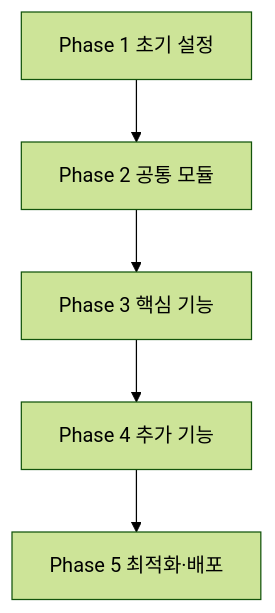
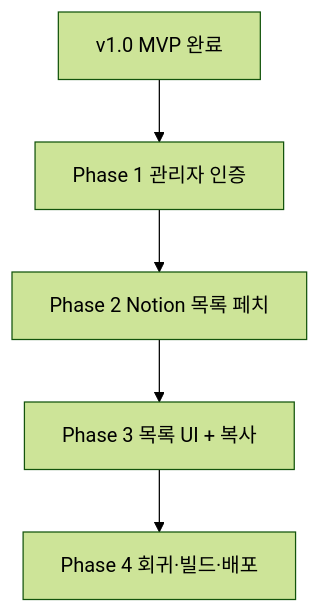
One commit to inmingoon/invoice-web changed the diagram in docs/ROADMAP.md. Above: the diagram before and after it, drawn with Mermaid (forest theme). The commit also changed other lines of this file and 11 other files, not shown here.

First line of the commit message:
docs(roadmap): v2 audit + 갭 채우기 — Phase 1~4 정합성 회복

````diff
--- a/docs/ROADMAP.md
+++ b/docs/ROADMAP.md
@@ -253,7 +362,7 @@
 ```mermaid
 graph TD
-  P1[Phase 1 초기 설정] --> P2[Phase 2 공통 모듈]
-  P2 --> P3[Phase 3 핵심 기능]
-  P3 --> P4[Phase 4 추가 기능]
-  P4 --> P5[Phase 5 최적화·배포]
+  V1[v1.0 MVP 완료] --> P1[Phase 1 관리자 인증]
+  P1 --> P2[Phase 2 Notion 목록 페치]
+  P2 --> P3[Phase 3 목록 UI + 복사]
+  P3 --> P4[Phase 4 회귀·빌드·배포]
 ```
````
